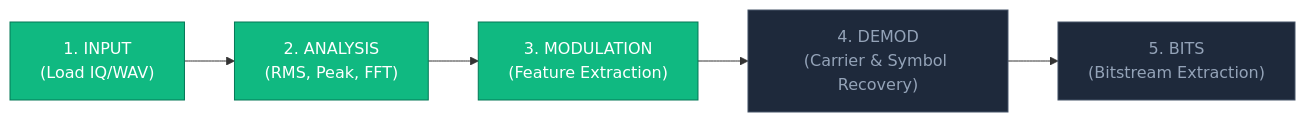
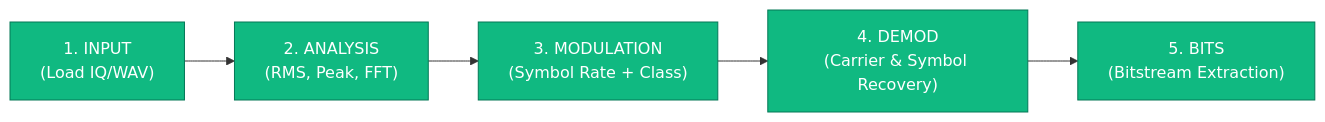
One commit to KingSahil/SIGMA changed the second of 2 diagrams in docs/DATA_PIPELINE_AND_FORMATS.md. Above: the diagram before and after it, drawn with Mermaid. The commit also changed other lines of this file and 67 other files, not shown here.

First line of the commit message:
feat(dsp): add symbol rate estimation, demodulation, and ML feature pipeline

````diff
--- a/docs/DATA_PIPELINE_AND_FORMATS.md
+++ b/docs/DATA_PIPELINE_AND_FORMATS.md
@@ -128,13 +221,13 @@
 ```mermaid
 graph LR
     S1["1. INPUT<br>(Load IQ/WAV)"] --> S2["2. ANALYSIS<br>(RMS, Peak, FFT)"]
-    S2 --> S3["3. MODULATION<br>(Feature Extraction)"]
+    S2 --> S3["3. MODULATION<br>(Symbol Rate + Class)"]
     S3 --> S4["4. DEMOD<br>(Carrier & Symbol Recovery)"]
     S4 --> S5["5. BITS<br>(Bitstream Extraction)"]
 
     style S1 fill:#10b981,stroke:#047857,color:#ffffff
     style S2 fill:#10b981,stroke:#047857,color:#ffffff
     style S3 fill:#10b981,stroke:#047857,color:#ffffff
-    style S4 fill:#1e293b,stroke:#475569,color:#94a3b8
-    style S5 fill:#1e293b,stroke:#475569,color:#94a3b8
+    style S4 fill:#10b981,stroke:#047857,color:#ffffff
+    style S5 fill:#10b981,stroke:#047857,color:#ffffff
 ```
````
